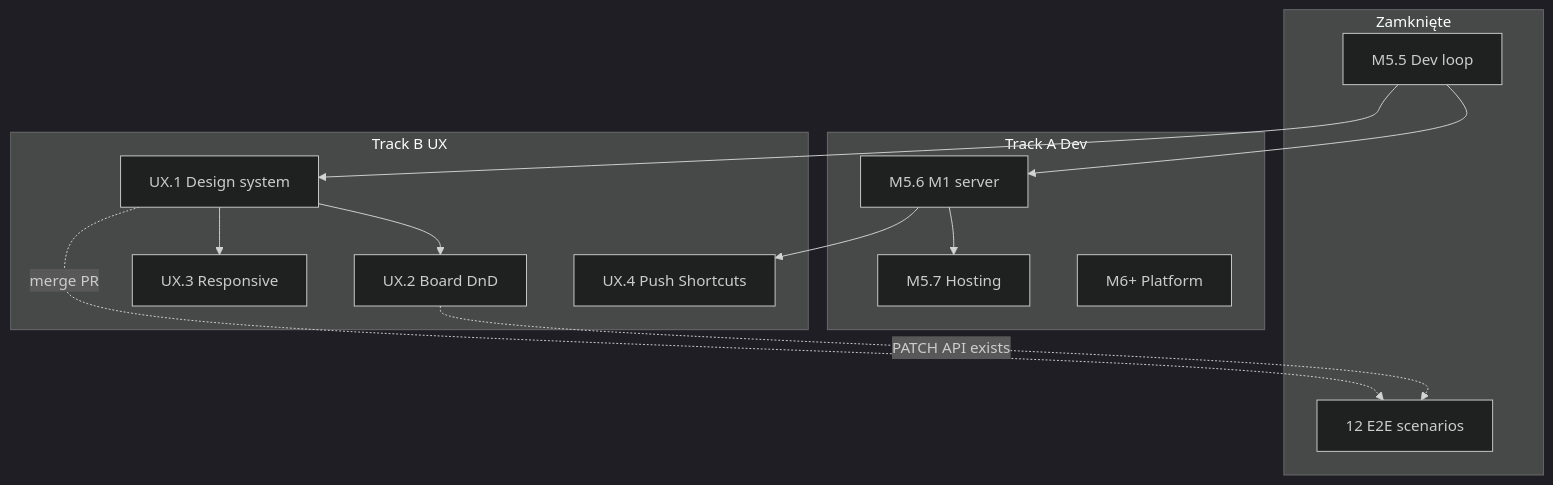
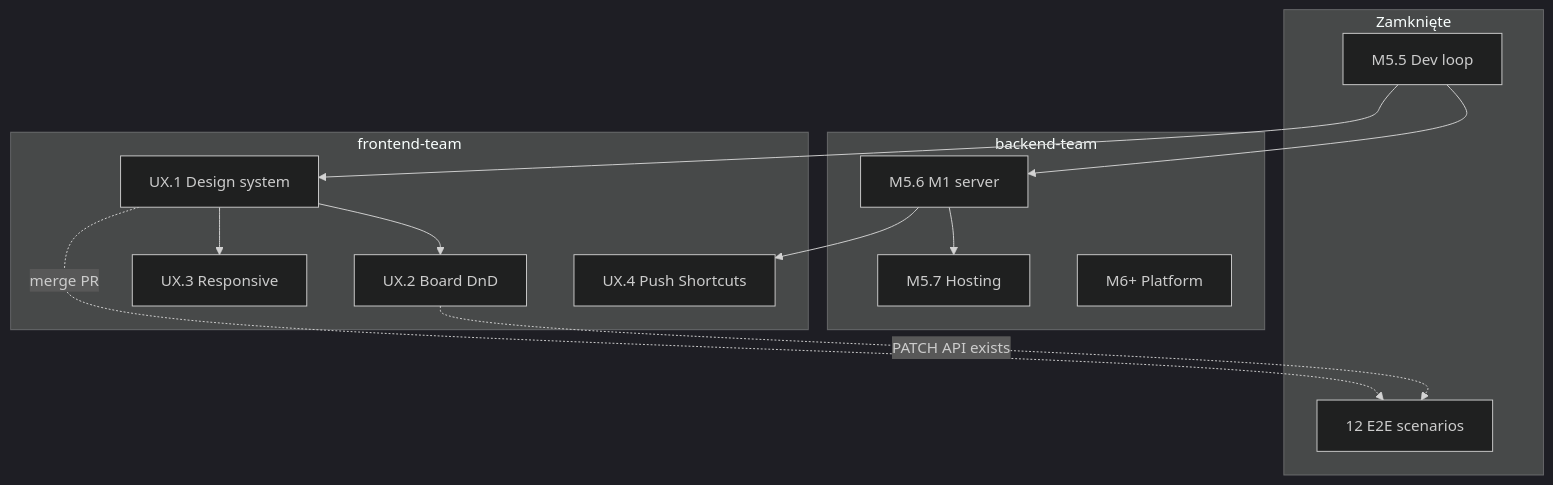
Before and after one commit to octadecimal-agents/octadecimal.pro: the diagram in docs/planning/workspace-mvp-dual-track.md, drawn with Mermaid (dark theme). The commit also changed other lines of this file and 7 other files, not shown here.

First line of the commit message:
docs(planning): adopt backend-team and frontend-team naming

````diff
--- a/docs/planning/workspace-mvp-dual-track.md
+++ b/docs/planning/workspace-mvp-dual-track.md
@@ -426,29 +444,29 @@
 ```mermaid
 flowchart TB
     subgraph done [Zamknięte]
         M55[M5.5 Dev loop]
         E2E[12 E2E scenarios]
     end
 
-    subgraph trackA [Track A Dev]
+    subgraph backend [backend-team]
         M56[M5.6 M1 server]
         M57[M5.7 Hosting]
         M6[M6+ Platform]
     end
 
-    subgraph trackB [Track B UX]
+    subgraph frontend [frontend-team]
         UX1[UX.1 Design system]
         UX2[UX.2 Board DnD]
         UX3[UX.3 Responsive]
         UX4[UX.4 Push Shortcuts]
     end
 
     M55 --> M56
     M56 --> M57
     M55 --> UX1
     UX1 --> UX2
     UX1 --> UX3
     M56 --> UX4
     UX2 -.->|PATCH API exists| E2E
     UX1 -.->|merge PR| E2E
 ```
````
